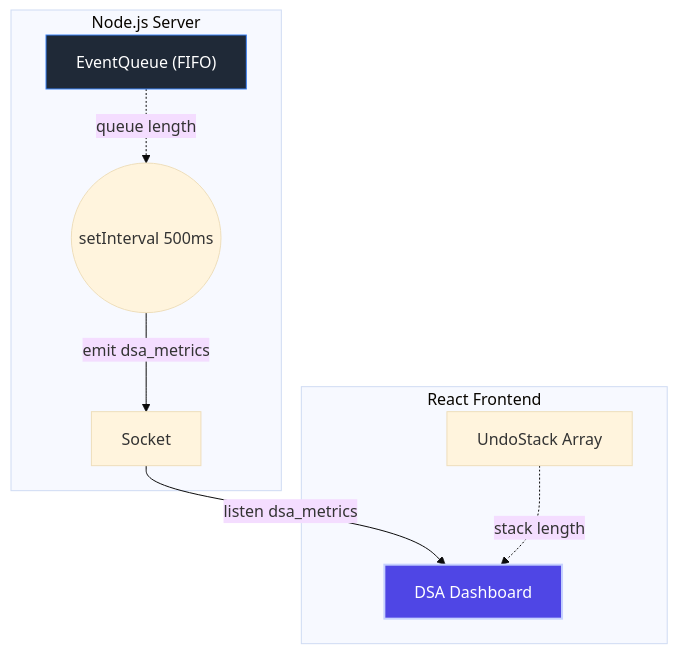
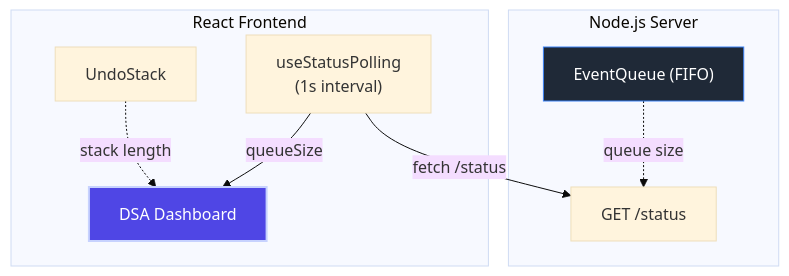
One commit to prem22k/Online-Collaborative-Whiteboard changed the fifth of 6 diagrams in docs/architecture_data_flow.md. Above: the diagram before and after it, drawn with Mermaid (base theme). The commit also changed other lines of this file and 3 other files, not shown here.

````diff
--- a/docs/architecture_data_flow.md
+++ b/docs/architecture_data_flow.md
@@ -125,19 +124,17 @@
 ```mermaid
 graph TD
     subgraph ServerNode ["Node.js Server"]
         Q["EventQueue (FIFO)"]
-        MetricLoop(("setInterval 500ms"))
-        
-        Q -.->|queue length| MetricLoop
-        MetricLoop -->|emit dsa_metrics| Socket
+        API["GET /status"]
+        Q -.->|queue size| API
     end
 
     subgraph ClientReact ["React Frontend"]
-        Socket -->|listen dsa_metrics| Dashboard["DSA Dashboard"]
-        
-        U["UndoStack Array"] -.->|stack length| Dashboard
+        Poll["useStatusPolling<br/>(1s interval)"] -->|fetch /status| API
+        Poll -->|queueSize| Dashboard["DSA Dashboard"]
+        U["UndoStack"] -.->|stack length| Dashboard
     end
 
     style Dashboard fill:#4f46e5,stroke:#c7d2fe,stroke-width:2px,color:#fff
     style Q fill:#1f2937,stroke:#3b82f6,color:#fff
 ```
````
